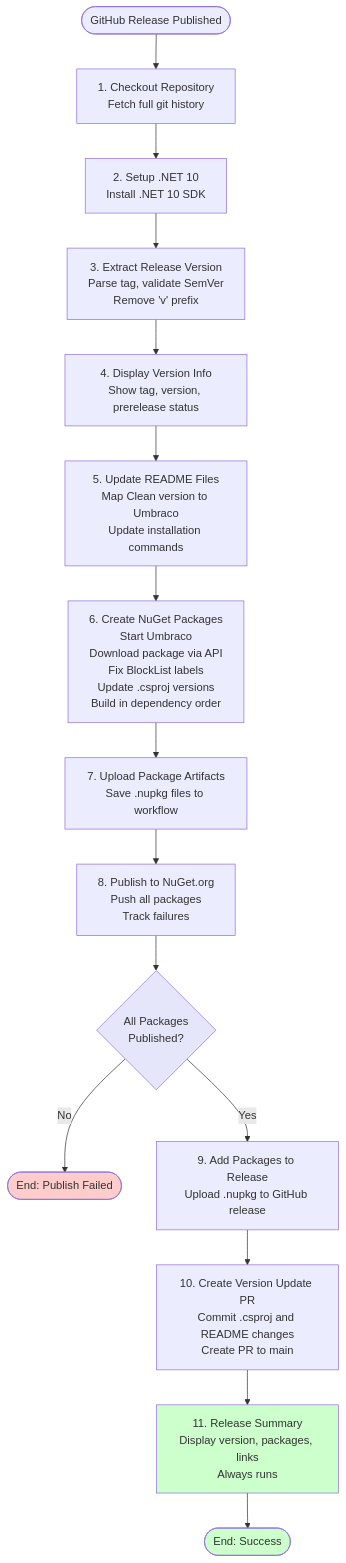
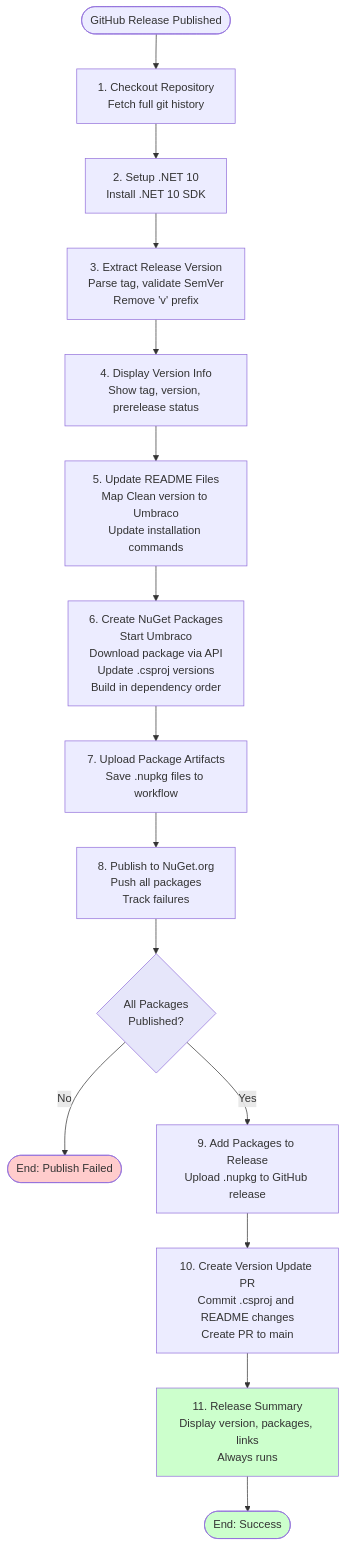
Before and after one commit to prjseal/Clean: the diagram in .github/workflow-versioning-releases.md, drawn with Mermaid. The commit also changed other lines of this file and 664 other files, not shown here.

````diff
--- a/.github/workflow-versioning-releases.md
+++ b/.github/workflow-versioning-releases.md
@@ -549,32 +550,32 @@
 ```mermaid
 flowchart TD
     Start([GitHub Release Published]) --> Checkout[1. Checkout Repository<br/>Fetch full git history]
     Checkout --> DotNet[2. Setup .NET 10<br/>Install .NET 10 SDK]
     
     DotNet --> ExtractVersion[3. Extract Release Version<br/>Parse tag, validate SemVer<br/>Remove 'v' prefix]
     ExtractVersion --> ShowVersion[4. Display Version Info<br/>Show tag, version, prerelease status]
     
     ShowVersion --> UpdateREADME[5. Update README Files<br/>Map Clean version to Umbraco<br/>Update installation commands]
     
-    UpdateREADME --> CreatePackages[6. Create NuGet Packages<br/>Start Umbraco<br/>Download package via API<br/>Fix BlockList labels<br/>Update .csproj versions<br/>Build in dependency order]
+    UpdateREADME --> CreatePackages[6. Create NuGet Packages<br/>Start Umbraco<br/>Download package via API<br/>Update .csproj versions<br/>Build in dependency order]
     
     CreatePackages --> UploadArtifacts[7. Upload Package Artifacts<br/>Save .nupkg files to workflow]
     
     UploadArtifacts --> PublishNuGet[8. Publish to NuGet.org<br/>Push all packages<br/>Track failures]
     
     PublishNuGet --> PublishSuccess{All Packages<br/>Published?}
     PublishSuccess -->|No| End1([End: Publish Failed])
     
     PublishSuccess -->|Yes| AddAssets[9. Add Packages to Release<br/>Upload .nupkg to GitHub release]
     
     AddAssets --> CreatePR[10. Create Version Update PR<br/>Commit .csproj and README changes<br/>Create PR to main]
     
     CreatePR --> Summary[11. Release Summary<br/>Display version, packages, links<br/>Always runs]
     
     Summary --> End2([End: Success])
     
     style End1 fill:#ffcccc
     style Summary fill:#ccffcc
     style End2 fill:#ccffcc
     style PublishSuccess fill:#e6e6fa
 ```
````
